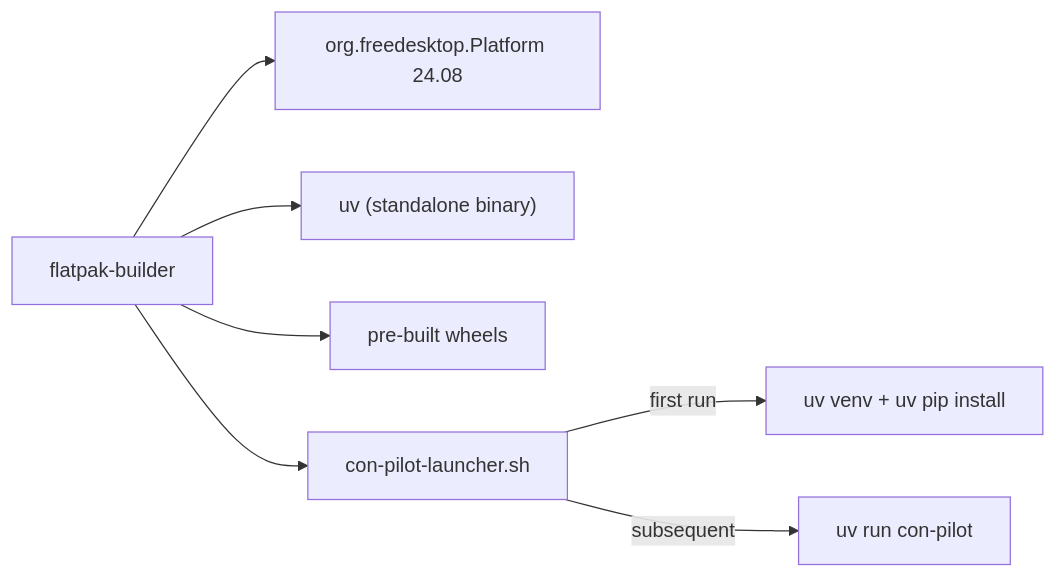
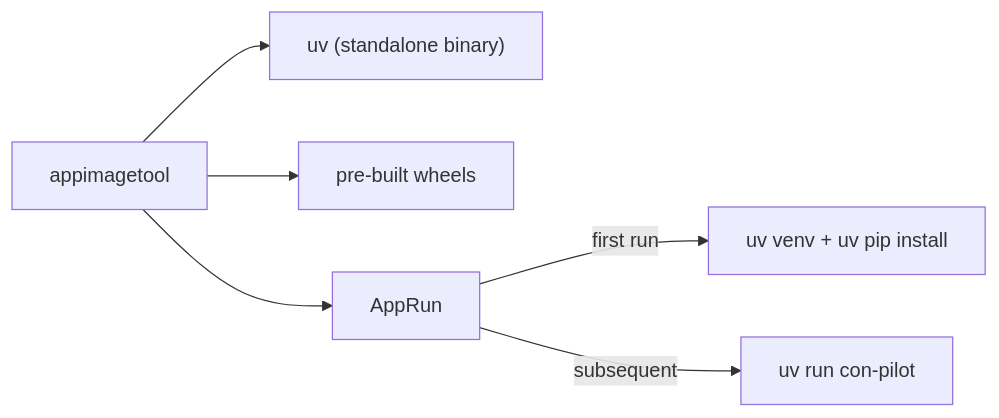
Before and after one commit to oliben67/copilot-conductor: the sixth of 6 diagrams in src/python/con-pilot/README.md, drawn with Mermaid. The commit also changed other lines of this file and 60 other files, not shown here.

````diff
--- a/src/python/con-pilot/README.md
+++ b/src/python/con-pilot/README.md
@@ -321,10 +321,9 @@
 ```mermaid
 flowchart LR
-    FB["flatpak-builder"]
-    FB --> SDK["org.freedesktop.Platform 24.08"]
-    FB --> UV["uv (standalone binary)"]
-    FB --> WHL["pre-built wheels"]
-    FB --> LAUNCH["con-pilot-launcher.sh"]
+    AT["appimagetool"]
+    AT --> UV["uv (standalone binary)"]
+    AT --> WHL["pre-built wheels"]
+    AT --> LAUNCH["AppRun"]
     LAUNCH -->|"first run"| BOOT["uv venv + uv pip install"]
     LAUNCH -->|"subsequent"| RUN["uv run con-pilot"]
 ```
````
